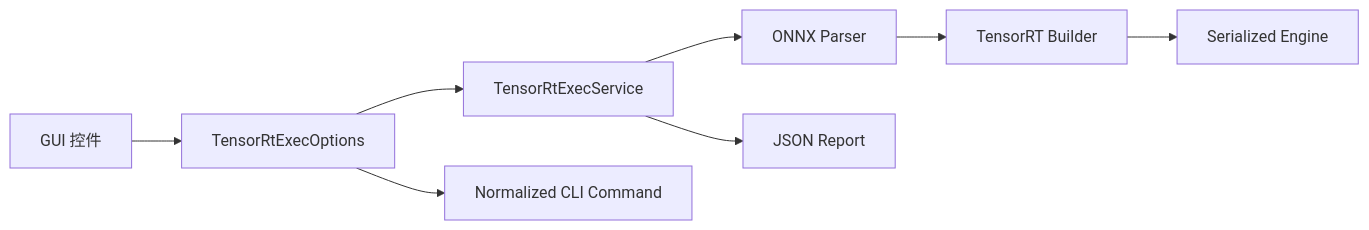
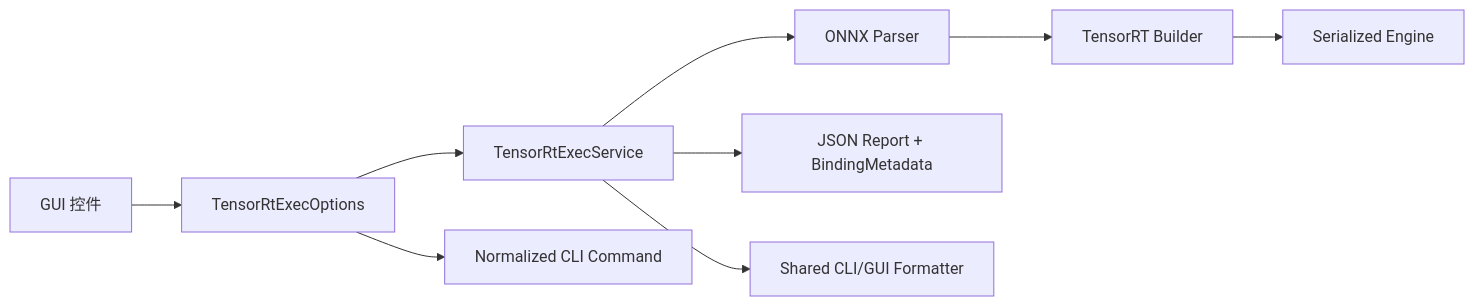
One commit to guojin-yan/TensorRT-CSharp-API changed the diagram in docs/articles/zh-cn/tensorrtexec-gui-user-guide.md. Above: the diagram before and after it, drawn with Mermaid. The commit also changed other lines of this file and 113 other files, not shown here.

````diff
--- a/docs/articles/zh-cn/tensorrtexec-gui-user-guide.md
+++ b/docs/articles/zh-cn/tensorrtexec-gui-user-guide.md
@@ -89,10 +90,11 @@
 ```mermaid
 flowchart LR
   A["GUI 控件"] --> B["TensorRtExecOptions"]
   B --> C["TensorRtExecService"]
   C --> D["ONNX Parser"]
   D --> E["TensorRT Builder"]
   E --> F["Serialized Engine"]
-  C --> G["JSON Report"]
+  C --> G["JSON Report + BindingMetadata"]
   B --> H["Normalized CLI Command"]
+  C --> I["Shared CLI/GUI Formatter"]
 ```
````
